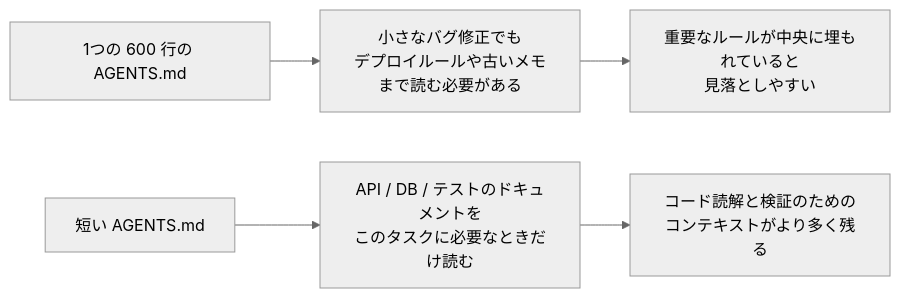
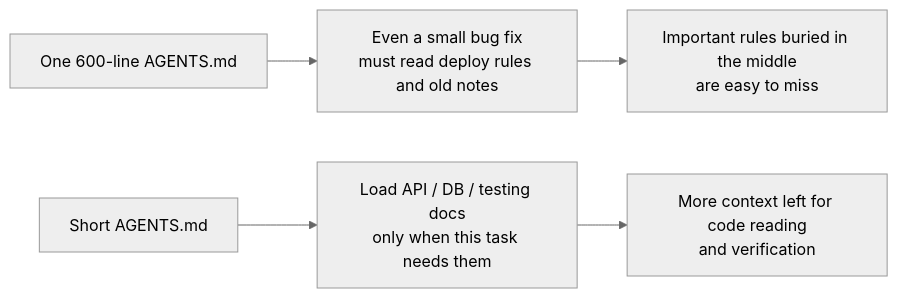
The first of 2 diagrams in docs/en/lectures/lecture-04-why-one-giant-instruction-file-fails/index.md (mkusaka/learn-harness-engineering), drawn with Mermaid (neutral theme) before and after one commit. The commit also changed other lines of this file and 684 other files, not shown here.

````diff
--- a/docs/en/lectures/lecture-04-why-one-giant-instruction-file-fails/index.md
+++ b/docs/en/lectures/lecture-04-why-one-giant-instruction-file-fails/index.md
@@ -39,8 +39,8 @@
 ```mermaid
 flowchart LR
-    Mono["1つの 600 行の AGENTS.md"] --> MonoLoad["小さなバグ修正でも<br/>デプロイルールや古いメモまで読む必要がある"]
-    MonoLoad --> MonoRisk["重要なルールが中央に埋もれていると<br/>見落としやすい"]
+    Mono["One 600-line AGENTS.md"] --> MonoLoad["Even a small bug fix<br/>must read deploy rules and old notes"]
+    MonoLoad --> MonoRisk["Important rules buried in the middle<br/>are easy to miss"]
 
-    Router["短い AGENTS.md"] --> Topics["API / DB / テストのドキュメントを<br/>このタスクに必要なときだけ読む"]
-    Topics --> RoutedResult["コード読解と検証のための<br/>コンテキストがより多く残る"]
+    Router["Short AGENTS.md"] --> Topics["Load API / DB / testing docs<br/>only when this task needs them"]
+    Topics --> RoutedResult["More context left for code reading<br/>and verification"]
 ```
````
